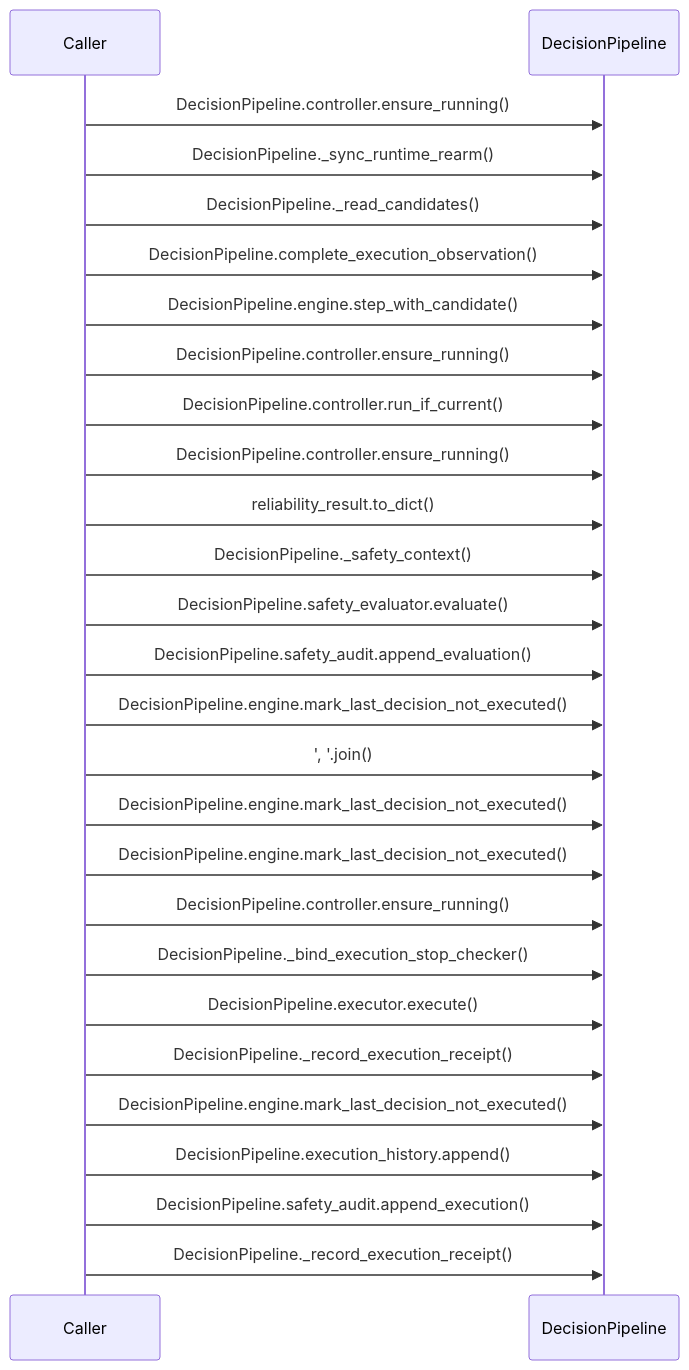
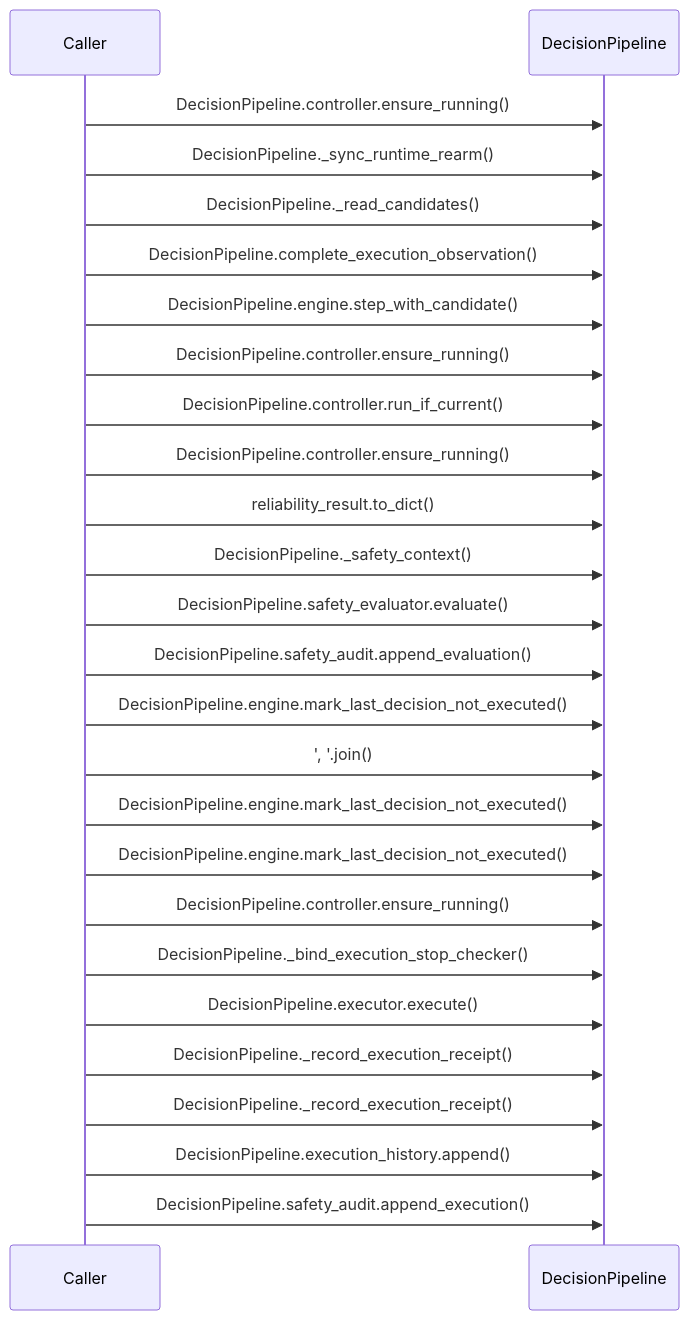
One commit to tomiya7688/AI_game_player changed the diagram in doc/sequence_diagram.mmd. Above: the diagram before and after it, drawn with Mermaid. The commit also changed 10 other files, not shown here.

```diff
--- a/doc/sequence_diagram.mmd
+++ b/doc/sequence_diagram.mmd
@@ -1,27 +1,26 @@
 sequenceDiagram
     participant caller as Caller
     participant target as DecisionPipeline
     caller->>target: DecisionPipeline.controller.ensure_running()
     caller->>target: DecisionPipeline._sync_runtime_rearm()
     caller->>target: DecisionPipeline._read_candidates()
     caller->>target: DecisionPipeline.complete_execution_observation()
     caller->>target: DecisionPipeline.engine.step_with_candidate()
     caller->>target: DecisionPipeline.controller.ensure_running()
     caller->>target: DecisionPipeline.controller.run_if_current()
     caller->>target: DecisionPipeline.controller.ensure_running()
     caller->>target: reliability_result.to_dict()
     caller->>target: DecisionPipeline._safety_context()
     caller->>target: DecisionPipeline.safety_evaluator.evaluate()
     caller->>target: DecisionPipeline.safety_audit.append_evaluation()
     caller->>target: DecisionPipeline.engine.mark_last_decision_not_executed()
     caller->>target: ', '.join()
     caller->>target: DecisionPipeline.engine.mark_last_decision_not_executed()
     caller->>target: DecisionPipeline.engine.mark_last_decision_not_executed()
     caller->>target: DecisionPipeline.controller.ensure_running()
     caller->>target: DecisionPipeline._bind_execution_stop_checker()
     caller->>target: DecisionPipeline.executor.execute()
     caller->>target: DecisionPipeline._record_execution_receipt()
-    caller->>target: DecisionPipeline.engine.mark_last_decision_not_executed()
+    caller->>target: DecisionPipeline._record_execution_receipt()
     caller->>target: DecisionPipeline.execution_history.append()
     caller->>target: DecisionPipeline.safety_audit.append_execution()
-    caller->>target: DecisionPipeline._record_execution_receipt()
```
